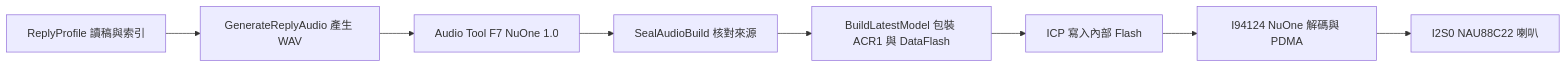
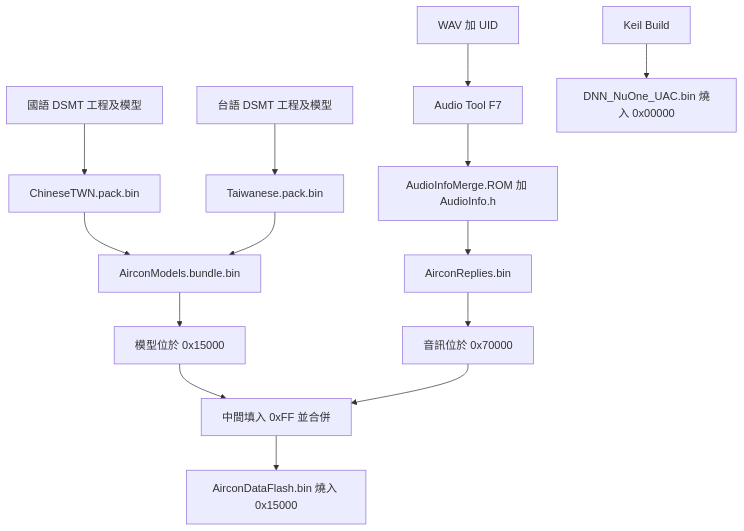
The second of 3 diagrams in README.md (released/I94100BSP_VR_DSpotter), drawn with Mermaid before and after one commit. The commit also changed other lines of this file and 161 other files, not shown here.

````diff
--- a/README.md
+++ b/README.md
@@ -548,10 +199,16 @@
 ```mermaid
-flowchart LR
-    Profile["ReplyProfile 讀稿與索引"] --> WAV["GenerateReplyAudio 產生 WAV"]
-    WAV --> Encode["Audio Tool F7 NuOne 1.0"]
-    Encode --> Seal["SealAudioBuild 核對來源"]
-    Seal --> Pack["BuildLatestModel 包裝 ACR1 與 DataFlash"]
-    Pack --> Flash["ICP 寫入內部 Flash"]
-    Flash --> PCM["I94124 NuOne 解碼與 PDMA"]
-    PCM --> Speaker["I2S0 NAU88C22 喇叭"]
+flowchart TD
+    ZH["國語 DSMT 工程及模型"] --> ZHPack["ChineseTWN.pack.bin"]
+    TW["台語 DSMT 工程及模型"] --> TWPack["Taiwanese.pack.bin"]
+    ZHPack --> Bundle["AirconModels.bundle.bin"]
+    TWPack --> Bundle
+    WAV["WAV 加 UID"] --> Tool["Audio Tool F7"]
+    Tool --> ROM["AudioInfoMerge.ROM 加 AudioInfo.h"]
+    ROM --> Replies["AirconReplies.bin"]
+    Bundle --> ModelArea["模型位於 0x15000"]
+    Replies --> AudioArea["音訊位於 0x70000"]
+    ModelArea --> Merge["中間填入 0xFF 並合併"]
+    AudioArea --> Merge
+    Merge --> DF["AirconDataFlash.bin 燒入 0x15000"]
+    Keil["Keil Build"] --> APP["DNN_NuOne_UAC.bin 燒入 0x00000"]
 ```
````
